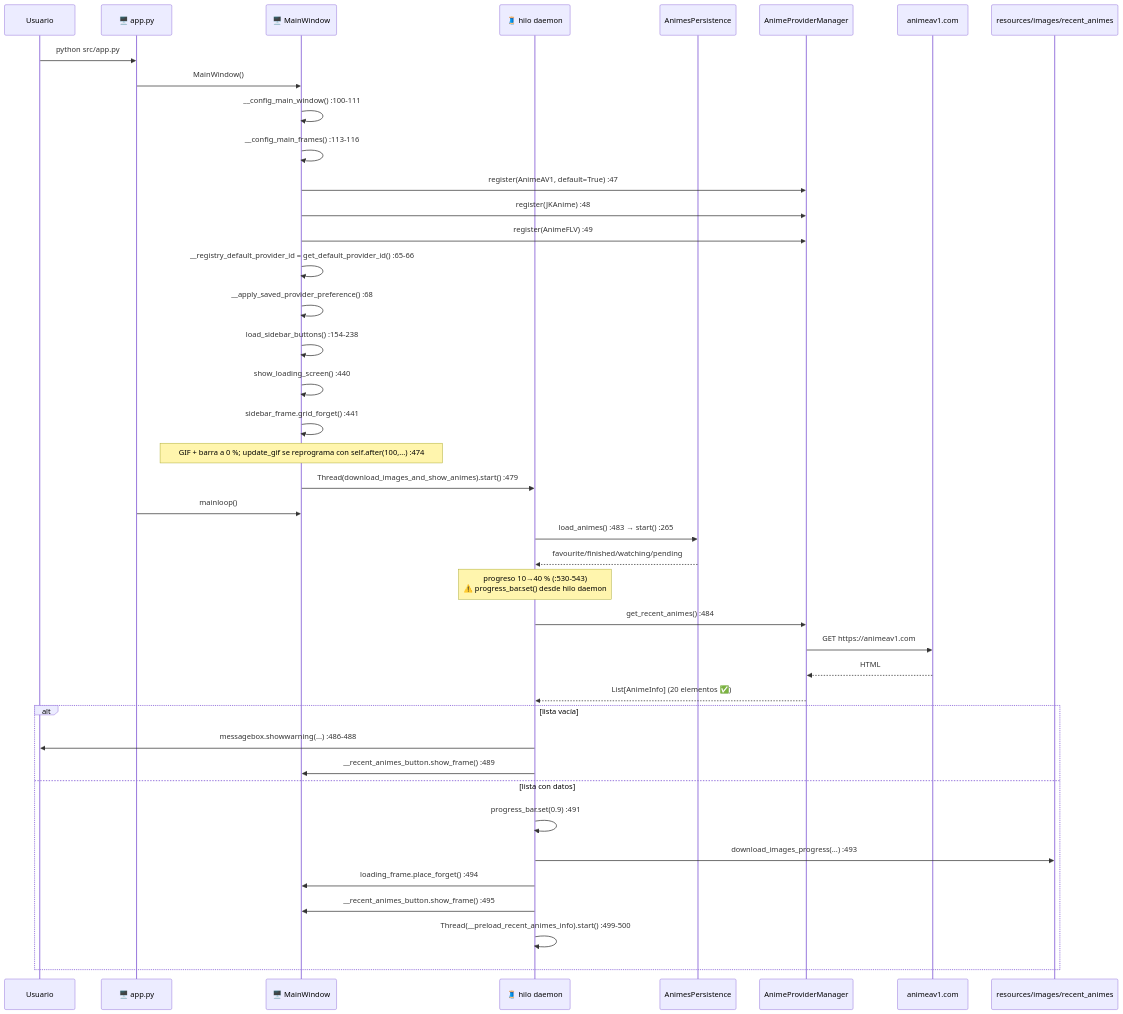
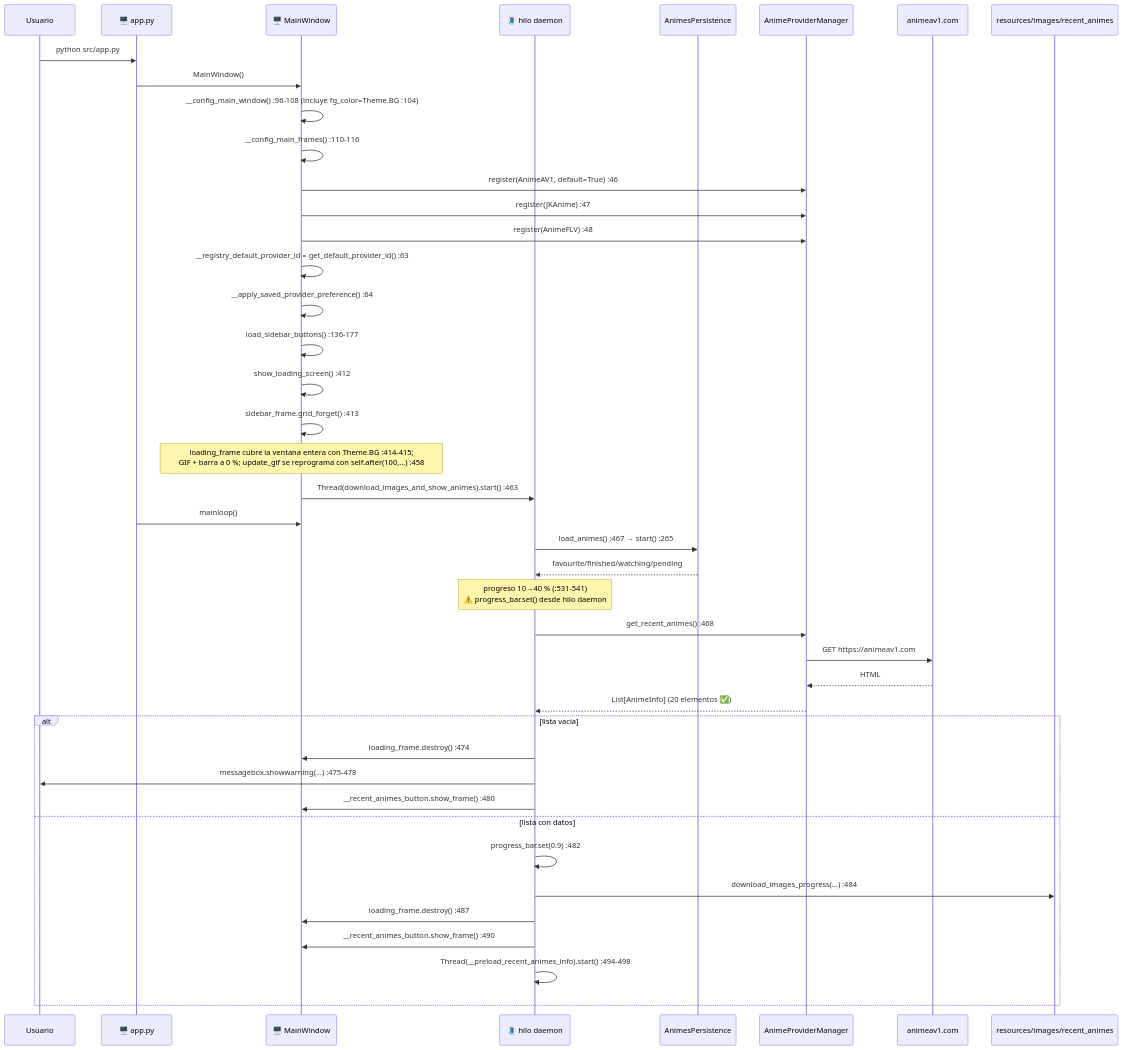
The first of 12 diagrams in .claude/docs/03-flujos-de-ejecucion.md (DavidEscri/BibliotecaAnime), drawn with Mermaid before and after one commit. The commit also changed other lines of this file and 7 other files, not shown here.

````diff
--- a/.claude/docs/03-flujos-de-ejecucion.md
+++ b/.claude/docs/03-flujos-de-ejecucion.md
@@ -19,46 +19,47 @@
 ```mermaid
 sequenceDiagram
     participant U as Usuario
     participant APP as 🖥️ app.py
     participant MW as 🖥️ MainWindow
     participant T as 🧵 hilo daemon
     participant P as AnimesPersistence
     participant MGR as AnimeProviderManager
     participant NET as animeav1.com
     participant FS as resources/images/recent_animes
 
     U->>APP: python src/app.py
     APP->>MW: MainWindow()
-    MW->>MW: __config_main_window() :100-111
-    MW->>MW: __config_main_frames() :113-116
-    MW->>MGR: register(AnimeAV1, default=True) :47
-    MW->>MGR: register(JKAnime) :48
-    MW->>MGR: register(AnimeFLV) :49
-    MW->>MW: __registry_default_provider_id = get_default_provider_id() :65-66
-    MW->>MW: __apply_saved_provider_preference() :68
-    MW->>MW: load_sidebar_buttons() :154-238
-    MW->>MW: show_loading_screen() :440
-    MW->>MW: sidebar_frame.grid_forget() :441
-    Note over MW: GIF + barra a 0 %#59; update_gif se reprograma con self.after(100,...) :474
-    MW->>T: Thread(download_images_and_show_animes).start() :479
+    MW->>MW: __config_main_window() :96-108 (incluye fg_color=Theme.BG :104)
+    MW->>MW: __config_main_frames() :110-116
+    MW->>MGR: register(AnimeAV1, default=True) :46
+    MW->>MGR: register(JKAnime) :47
+    MW->>MGR: register(AnimeFLV) :48
+    MW->>MW: __registry_default_provider_id = get_default_provider_id() :63
+    MW->>MW: __apply_saved_provider_preference() :64
+    MW->>MW: load_sidebar_buttons() :136-177
+    MW->>MW: show_loading_screen() :412
+    MW->>MW: sidebar_frame.grid_forget() :413
+    Note over MW: loading_frame cubre la ventana entera con Theme.BG :414-415#59;<br/>GIF + barra a 0 %#59; update_gif se reprograma con self.after(100,...) :458
+    MW->>T: Thread(download_images_and_show_animes).start() :463
     APP->>MW: mainloop()
 
-    T->>P: load_animes() :483 → start() :265
+    T->>P: load_animes() :467 → start() :265
     P-->>T: favourite/finished/watching/pending
-    Note over T: progreso 10→40 % (:530-543)<br/>⚠️ progress_bar.set() desde hilo daemon
-    T->>MGR: get_recent_animes() :484
+    Note over T: progreso 10→40 % (:531-541)<br/>⚠️ progress_bar.set() desde hilo daemon
+    T->>MGR: get_recent_animes() :468
     MGR->>NET: GET https://animeav1.com
     NET-->>MGR: HTML
     MGR-->>T: List[AnimeInfo] (20 elementos ✅)
 
     alt lista vacía
-        T->>U: messagebox.showwarning(...) :486-488
-        T->>MW: __recent_animes_button.show_frame() :489
+        T->>MW: loading_frame.destroy() :474
+        T->>U: messagebox.showwarning(...) :475-478
+        T->>MW: __recent_animes_button.show_frame() :480
     else lista con datos
-        T->>T: progress_bar.set(0.9) :491
-        T->>FS: download_images_progress(...) :493
-        T->>MW: loading_frame.place_forget() :494
-        T->>MW: __recent_animes_button.show_frame() :495
-        T->>T: Thread(__preload_recent_animes_info).start() :499-500
+        T->>T: progress_bar.set(0.9) :482
+        T->>FS: download_images_progress(...) :484
+        T->>MW: loading_frame.destroy() :487
+        T->>MW: __recent_animes_button.show_frame() :490
+        T->>T: Thread(__preload_recent_animes_info).start() :494-498
     end
 ```
````
